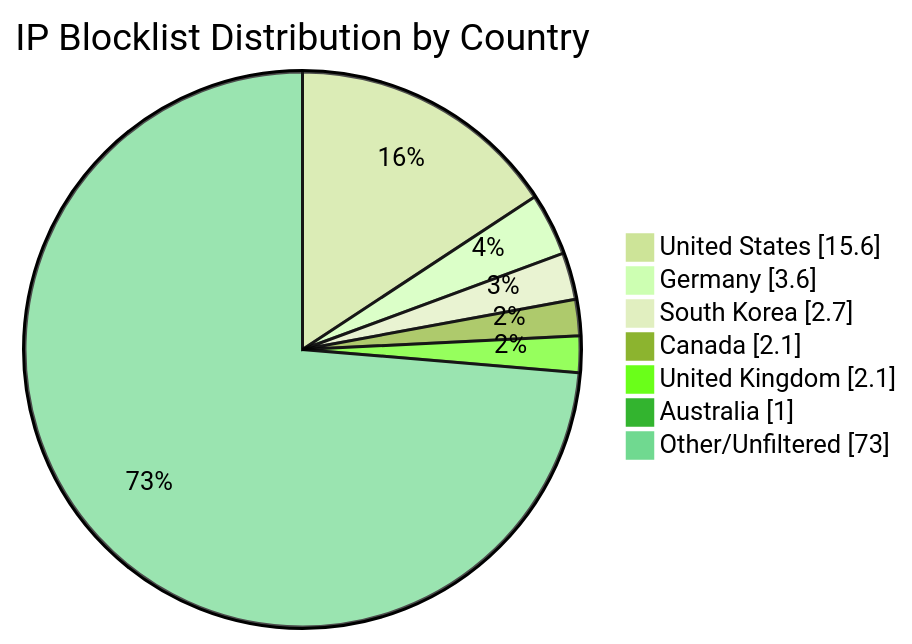
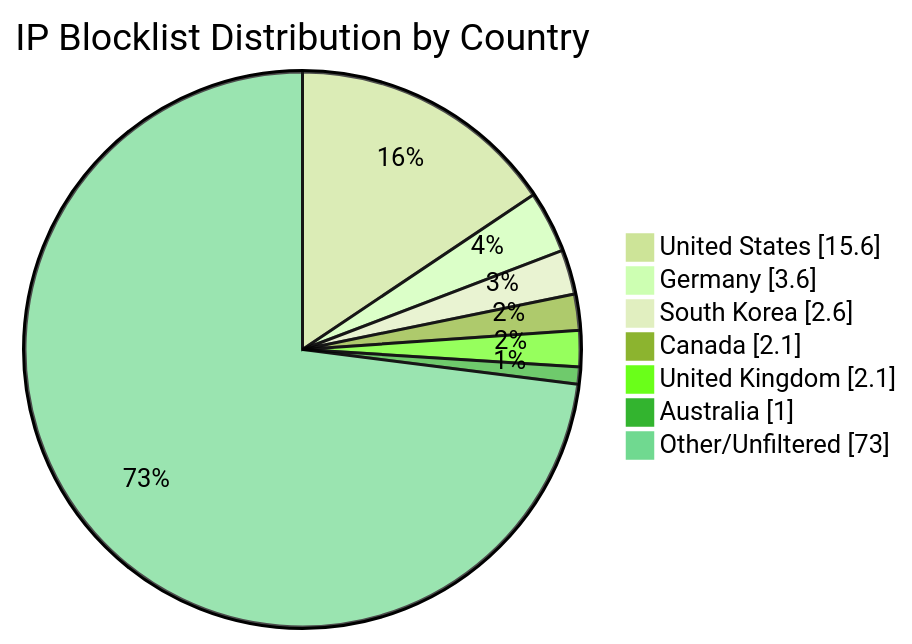
The diagram in README.md (MarcusHoltz/ipblocklist-geofiltered-aggregator), drawn with Mermaid (forest theme) before and after one commit. The commit also changed other lines of this file and 9 other files, not shown here.

````diff
--- a/README.md
+++ b/README.md
@@ -34,10 +34,10 @@
 ```mermaid
 pie showData title IP Blocklist Distribution by Country
 "United States" : 15.6
 "Germany" : 3.6
-"South Korea" : 2.7
+"South Korea" : 2.6
 "Canada" : 2.1
 "United Kingdom" : 2.1
 "Australia" : 1.0
 "Other/Unfiltered" : 73.0
 ```
````
